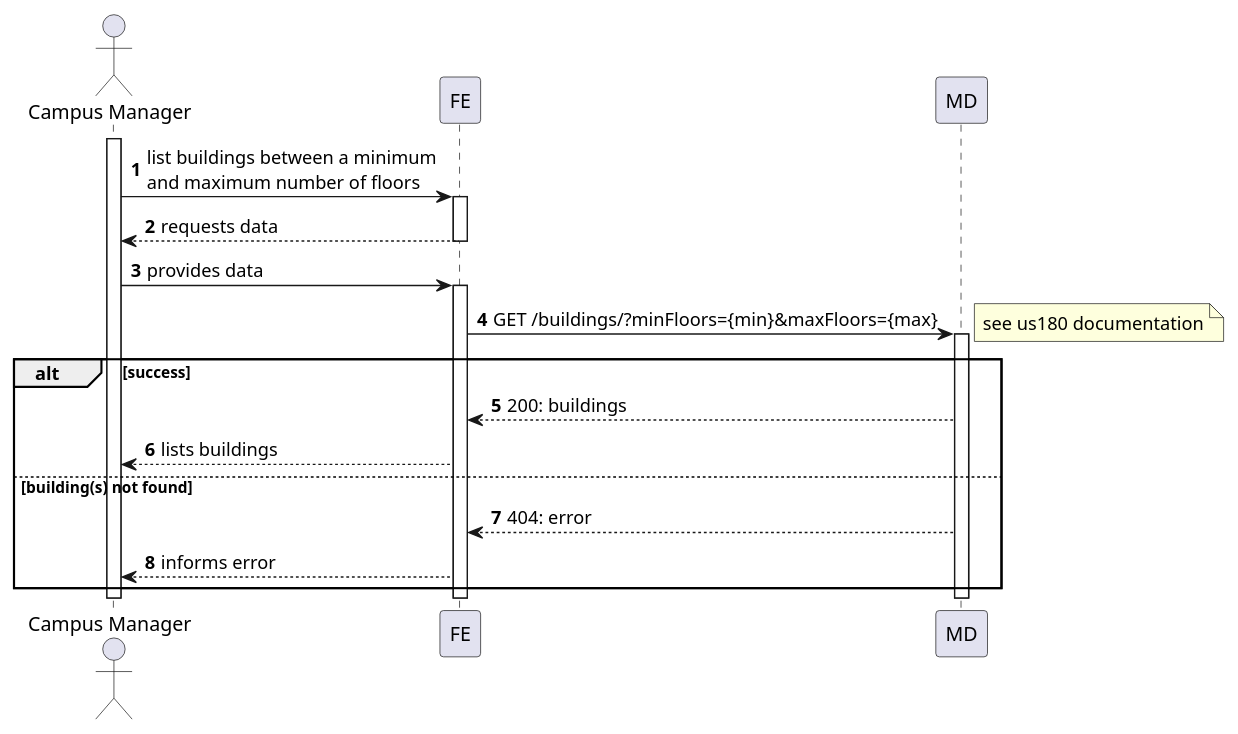
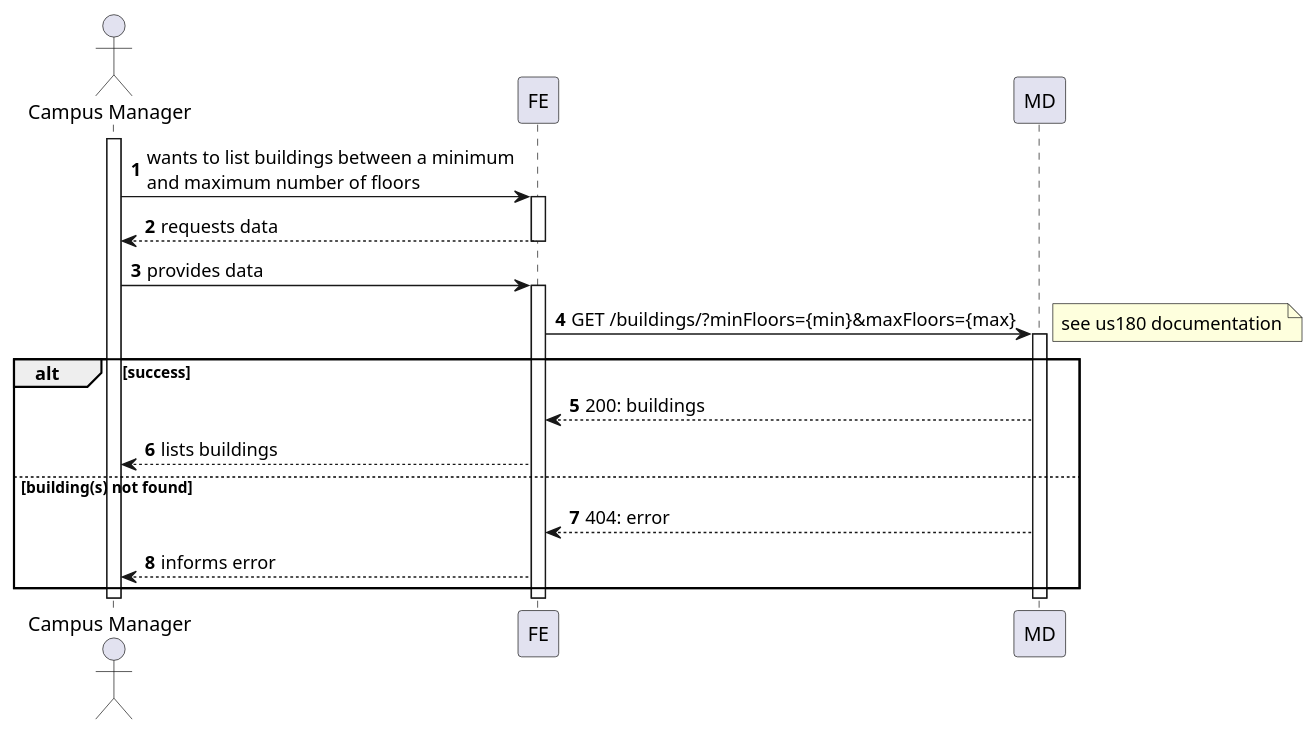
One commit to Departamento-de-Engenharia-Informatica/lapr5-23-24-g19 changed the diagram in docs/us1080/level2/process-view.puml. Above: the diagram before and after it, drawn with PlantUML. The commit also changed 3 other files, not shown here.

```diff
--- a/docs/us1080/level2/process-view.puml
+++ b/docs/us1080/level2/process-view.puml
@@ -1,33 +1,33 @@
 @startuml
 autonumber
 
 actor "Campus Manager" as usr
 
 participant "FE" as ui
 
 participant "MD" as md
 
 activate usr
-    usr -> ui : list buildings between a minimum\nand maximum number of floors
+    usr -> ui : wants to list buildings between a minimum\nand maximum number of floors
     activate ui
         ui --> usr : requests data
     deactivate ui
 
     usr -> ui : provides data
     activate ui
         ui -> md : GET /buildings/?minFloors={min}&maxFloors={max}
         activate md
             note right : see us180 documentation
             alt success
                 md --> ui : 200: buildings
                 ui --> usr : lists buildings
             else building(s) not found
                 md --> ui : 404: error
                 ui --> usr : informs error
             end
         deactivate md
     deactivate ui
 deactivate usr
 
 
 @enduml
```
